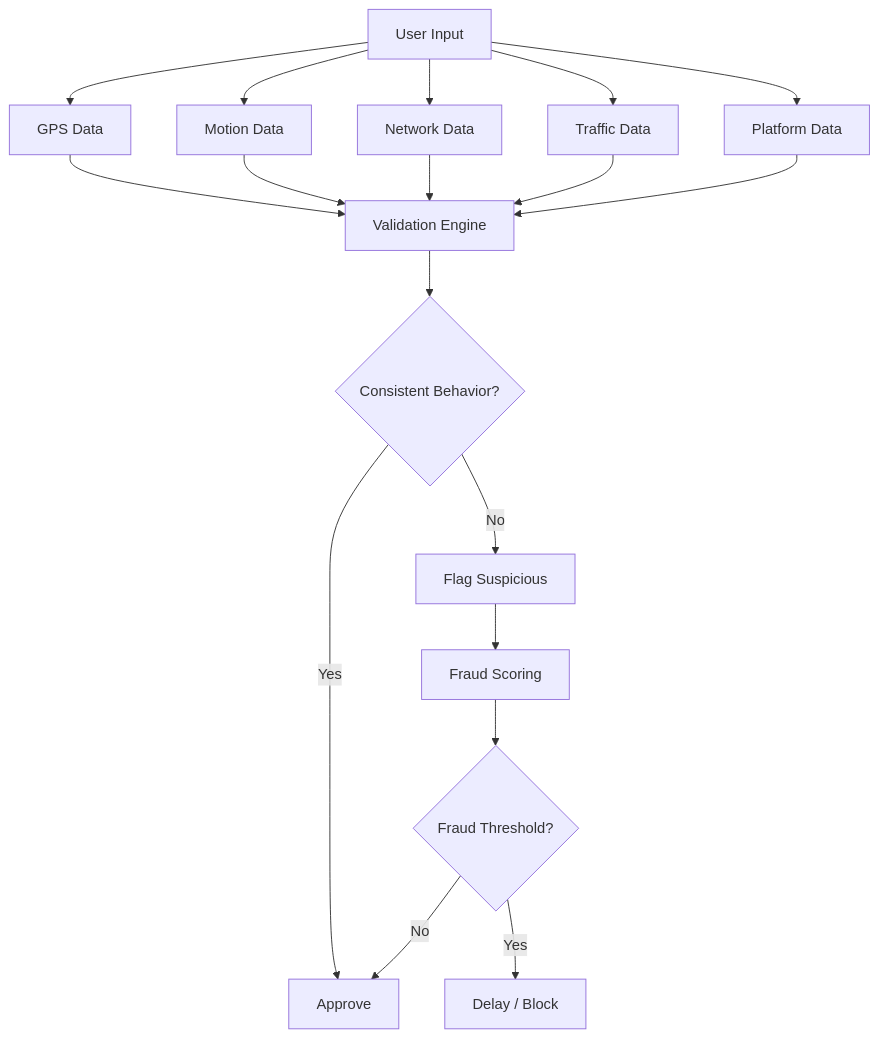
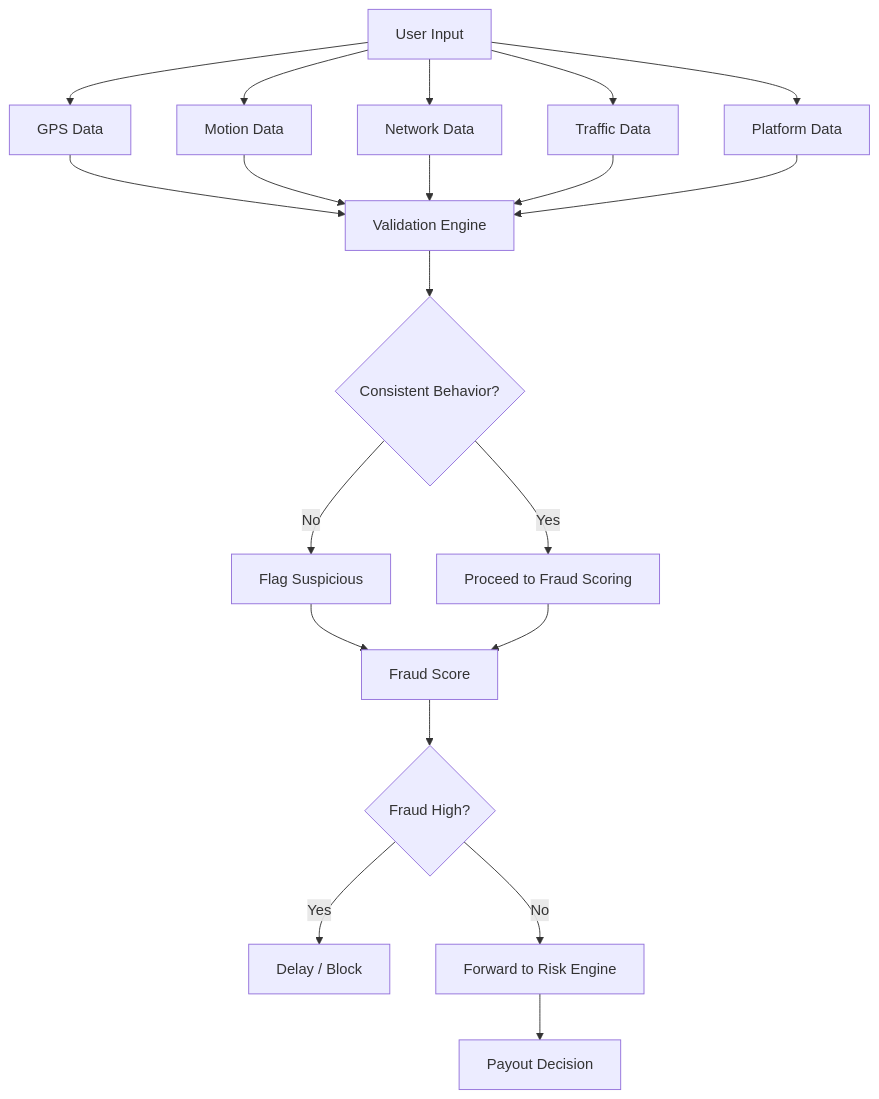
One commit to ed6095-web/Guidewire-DEVTrails-2026 changed the fifth of 5 diagrams in README.md. Above: the diagram before and after it, drawn with Mermaid. The commit also changed other lines of this file, not shown here.

````diff
--- a/README.md
+++ b/README.md
@@ -222,27 +229,29 @@
 ```mermaid
 flowchart TD
 A[User Input] --> B[GPS Data]
 A --> C[Motion Data]
 A --> D[Network Data]
 A --> E[Traffic Data]
 A --> F[Platform Data]
 
 B --> G[Validation Engine]
 C --> G
 D --> G
 E --> G
 F --> G
 
 G --> H{Consistent Behavior?}
 
-H -- Yes --> I[Approve]
 H -- No --> J[Flag Suspicious]
+H -- Yes --> K[Proceed to Fraud Scoring]
 
-J --> K[Fraud Scoring]
+J --> L[Fraud Score]
+K --> L
 
-K --> L{Fraud Threshold?}
+L --> M{Fraud High?}
 
-L -- Yes --> M[Delay / Block]
-L -- No --> I
+M -- Yes --> N[Delay / Block]
+M -- No --> O[Forward to Risk Engine]
 
+O --> P[Payout Decision]
 ```
````
